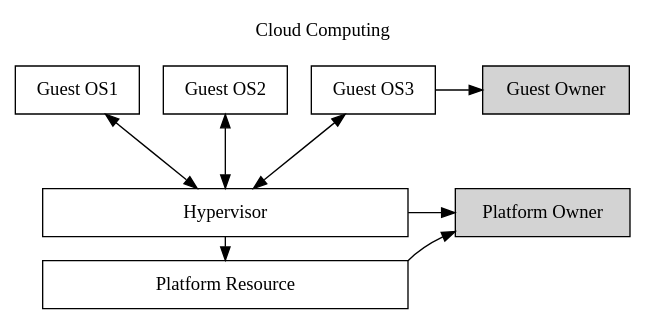
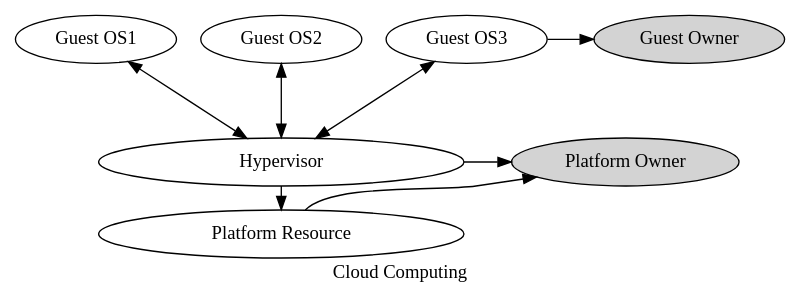
The diagram in cloud.gv (fengharry/draw), drawn with Graphviz before and after one commit. The commit also changed 17 other files, not shown here.

```diff
--- a/cloud.gv
+++ b/cloud.gv
@@ -1,24 +1,22 @@
-digraph cloud_owner{
-	node[shape = box];
-	label = "Cloud Computing\n "; labelloc = t;
-	ranksep = 0.25;
+digraph hello{
+	graph[label = "Cloud Computing\n"; ranksep = 0.25];
 
 	guest_os1[label = "Guest OS1"];
 	guest_os2[label = "Guest OS2"];
 	guest_os3[label = "Guest OS3"];	
 	hypervisor[label = "Hypervisor"; width = 3.8];
 	platform_resource[label = "Platform Resource"; width = 3.8];
 	guest_owner[label = "Guest Owner"; width = 1.5; style = filled];
 	platform_owner[label = "Platform Owner"; style = filled];
 
 	guest_os1 -> hypervisor[dir = both; minlen = 3;];
 	guest_os2 -> hypervisor[dir = both; minlen = 3; weight = 8;];
 	guest_os3 -> hypervisor[dir = both; minlen = 3;];
 	hypervisor -> platform_resource[weight = 8];
 
 	{rank = same; guest_os3 -> guest_owner[minlen = 2]}	
 	{rank = same; hypervisor -> platform_owner[minlen = 2;]}
 
 	platform_resource -> platform_owner[tailport = ne;];
 
 }
```
